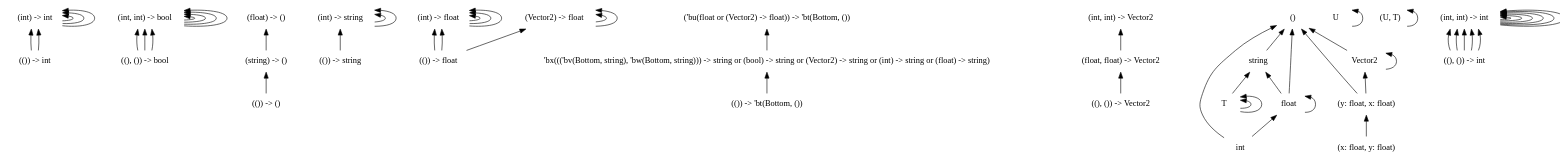
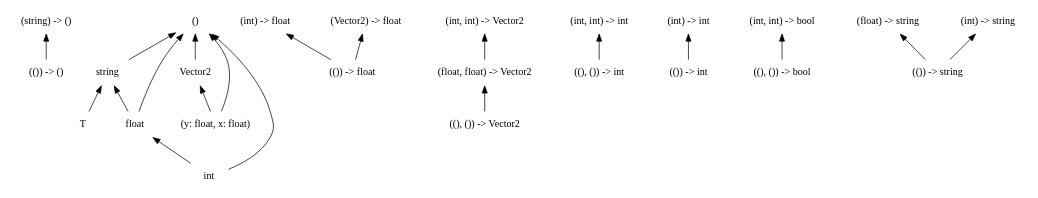
One commit to chocobo333/regino changed the diagram in dots/1.dot. Above: the diagram before and after it, drawn with Graphviz. The commit also changed 40 other files, not shown here.

```diff
--- a/dots/1.dot
+++ b/dots/1.dot
@@ -1,98 +1,54 @@
 digraph order {
   graph [
     size = "30,10"
     ];
   node [
     shape = none
     ];
   edge [
     dir = back
     ];
-  "(()) -> int"
-  "(int) -> int"
-  "((), ()) -> bool"
-  "(int, int) -> bool"
+  "(string) -> ()"
   "(()) -> ()"
-  "(string) -> ()"
-  "(()) -> string"
-  "(int) -> string"
-  "(()) -> float"
-  "(int) -> float"
-  "(()) -> 'bt(Bottom, ())"
-  "(Vector2) -> float"
-  "((), ()) -> Vector2"
-  "(float, float) -> Vector2"
-  "(float) -> ()"
   "string"
   "Vector2"
-  "('bu(float or (Vector2) -> float)) -> 'bt(Bottom, ())"
+  "(()) -> float"
+  "T"
+  "((), ()) -> Vector2"
   "(int, int) -> Vector2"
+  "((), ()) -> int"
+  "(int) -> int"
+  "(int, int) -> int"
+  "()"
+  "(int, int) -> bool"
+  "(float, float) -> Vector2"
+  "(float) -> string"
+  "(()) -> string"
+  "(int) -> float"
+  "(Vector2) -> float"
   "(y: float, x: float)"
-  "T"
-  "U"
-  "T"
-  "T"
-  "()"
-  "(U, T)"
-  "'bx((('bv(Bottom, string), 'bw(Bottom, string))) -> string or (bool) -> string or (Vector2) -> string or (int) -> string or (float) -> string)"
+  "(int) -> string"
   "float"
+  "(()) -> int"
   "int"
-  "((), ()) -> int"
-  "(int, int) -> int"
-  "(float, float) -> Vector2" -> "((), ()) -> Vector2"
-  "(int, int) -> Vector2" -> "(float, float) -> Vector2"
-  "(int, int) -> int" -> "((), ()) -> int"
-  "(int, int) -> int" -> "((), ()) -> int"
-  "(int, int) -> int" -> "((), ()) -> int"
-  "(int, int) -> int" -> "(int, int) -> int"
-  "(int, int) -> int" -> "((), ()) -> int"
-  "(int, int) -> int" -> "((), ()) -> int"
-  "(int, int) -> int" -> "(int, int) -> int"
-  "(int) -> int" -> "(int) -> int"
-  "(int) -> int" -> "(()) -> int"
-  "(int) -> int" -> "(()) -> int"
-  "(int) -> int" -> "(int) -> int"
-  "(int, int) -> int" -> "(int, int) -> int"
-  "(int) -> int" -> "(int) -> int"
-  "(int, int) -> int" -> "(int, int) -> int"
-  "(int, int) -> bool" -> "((), ()) -> bool"
-  "(int, int) -> bool" -> "(int, int) -> bool"
-  "(int, int) -> bool" -> "((), ()) -> bool"
-  "(int, int) -> bool" -> "((), ()) -> bool"
-  "(int, int) -> bool" -> "(int, int) -> bool"
-  "(int, int) -> bool" -> "(int, int) -> bool"
-  "(int) -> string" -> "(()) -> string"
-  "(int) -> string" -> "(int) -> string"
-  "(int) -> string" -> "(int) -> string"
+  "((), ()) -> bool"
   "(string) -> ()" -> "(()) -> ()"
   "string" -> "T"
   "string" -> "float"
-  "Vector2" -> "Vector2"
   "Vector2" -> "(y: float, x: float)"
-  "(float) -> ()" -> "(string) -> ()"
-  "(int, int) -> bool" -> "(int, int) -> bool"
-  "(int, int) -> int" -> "(int, int) -> int"
-  "(int, int) -> int" -> "(int, int) -> int"
-  "(int) -> float" -> "(()) -> float"
-  "(int) -> float" -> "(()) -> float"
-  "(int) -> float" -> "(int) -> float"
-  "(int) -> float" -> "(int) -> float"
-  "(int) -> float" -> "(int) -> float"
-  "('bu(float or (Vector2) -> float)) -> 'bt(Bottom, ())" -> "'bx((('bv(Bottom, string), 'bw(Bottom, string))) -> string or (bool) -> string or (Vector2) -> string or (int) -> string or (float) -> string)"
-  "(y: float, x: float)" -> "(x: float, y: float)"
-  "T" -> "T"
-  "U" -> "U"
-  "T" -> "T"
+  "(int, int) -> Vector2" -> "(float, float) -> Vector2"
+  "(int) -> int" -> "(()) -> int"
+  "(int, int) -> int" -> "((), ()) -> int"
   "()" -> "string"
   "()" -> "Vector2"
   "()" -> "(y: float, x: float)"
   "()" -> "float"
   "()" -> "int"
-  "(U, T)" -> "(U, T)"
-  "'bx((('bv(Bottom, string), 'bw(Bottom, string))) -> string or (bool) -> string or (Vector2) -> string or (int) -> string or (float) -> string)" -> "(()) -> 'bt(Bottom, ())"
-  "float" -> "float"
+  "(int, int) -> bool" -> "((), ()) -> bool"
+  "(float, float) -> Vector2" -> "((), ()) -> Vector2"
+  "(float) -> string" -> "(()) -> string"
+  "(int) -> float" -> "(()) -> float"
+  "(Vector2) -> float" -> "(()) -> float"
+  "(int) -> string" -> "(()) -> string"
   "float" -> "int"
-  "(Vector2) -> float" -> "(()) -> float"
-  "(Vector2) -> float" -> "(Vector2) -> float"
-  "(Vector2) -> float" -> "(Vector2) -> float"
 }
```
